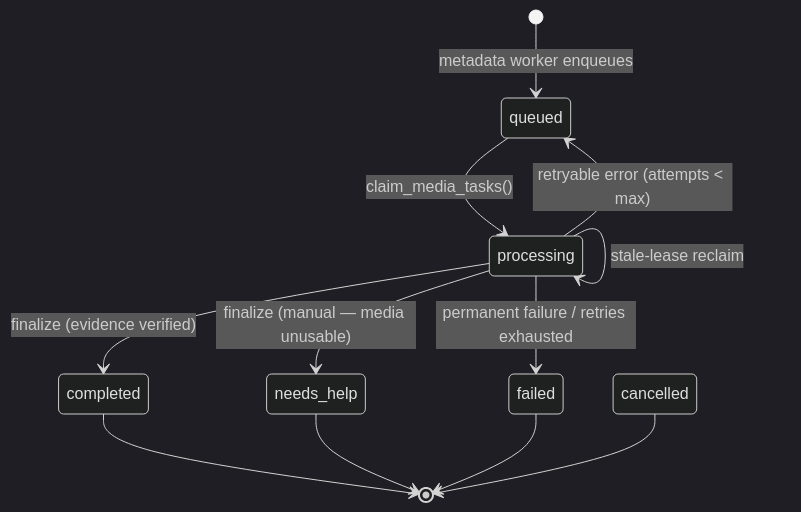
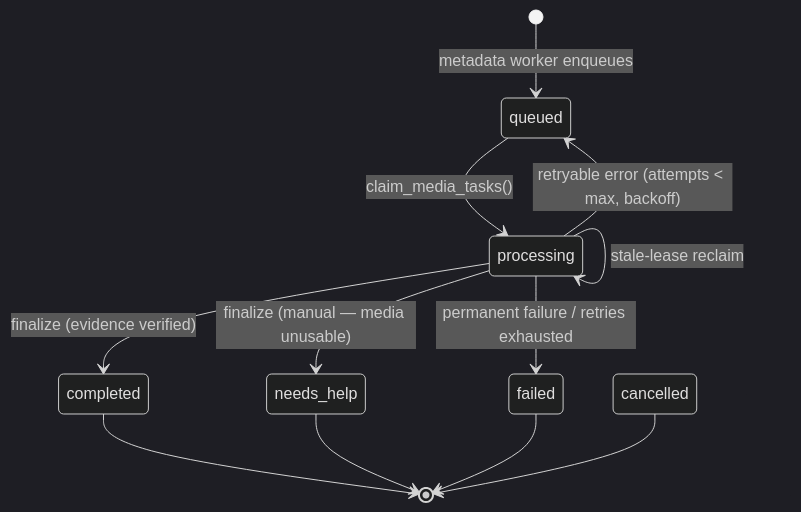
One commit to AndrewMahran7/Nearr changed the second of 2 diagrams in docs/MEDIA_FALLBACK.md. Above: the diagram before and after it, drawn with Mermaid (dark theme). The commit also changed other lines of this file and 24 other files, not shown here.

````diff
--- a/docs/MEDIA_FALLBACK.md
+++ b/docs/MEDIA_FALLBACK.md
@@ -54,14 +54,14 @@
 ```mermaid
 stateDiagram-v2
   [*] --> queued: metadata worker enqueues
   queued --> processing: claim_media_tasks()
-  processing --> queued: retryable error (attempts < max)
+  processing --> queued: retryable error (attempts < max, backoff)
   processing --> completed: finalize (evidence verified)
   processing --> needs_help: finalize (manual — media unusable)
   processing --> failed: permanent failure / retries exhausted
   processing --> processing: stale-lease reclaim
   completed --> [*]
   needs_help --> [*]
   failed --> [*]
   cancelled --> [*]
 ```
````
